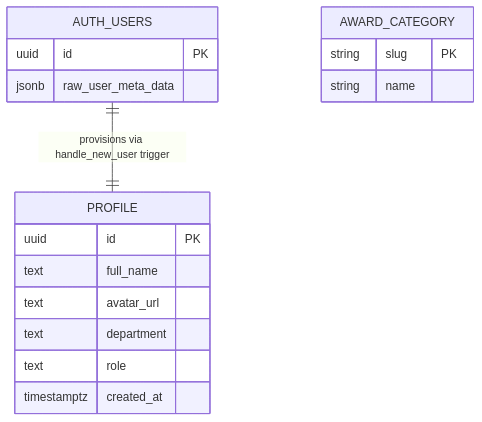
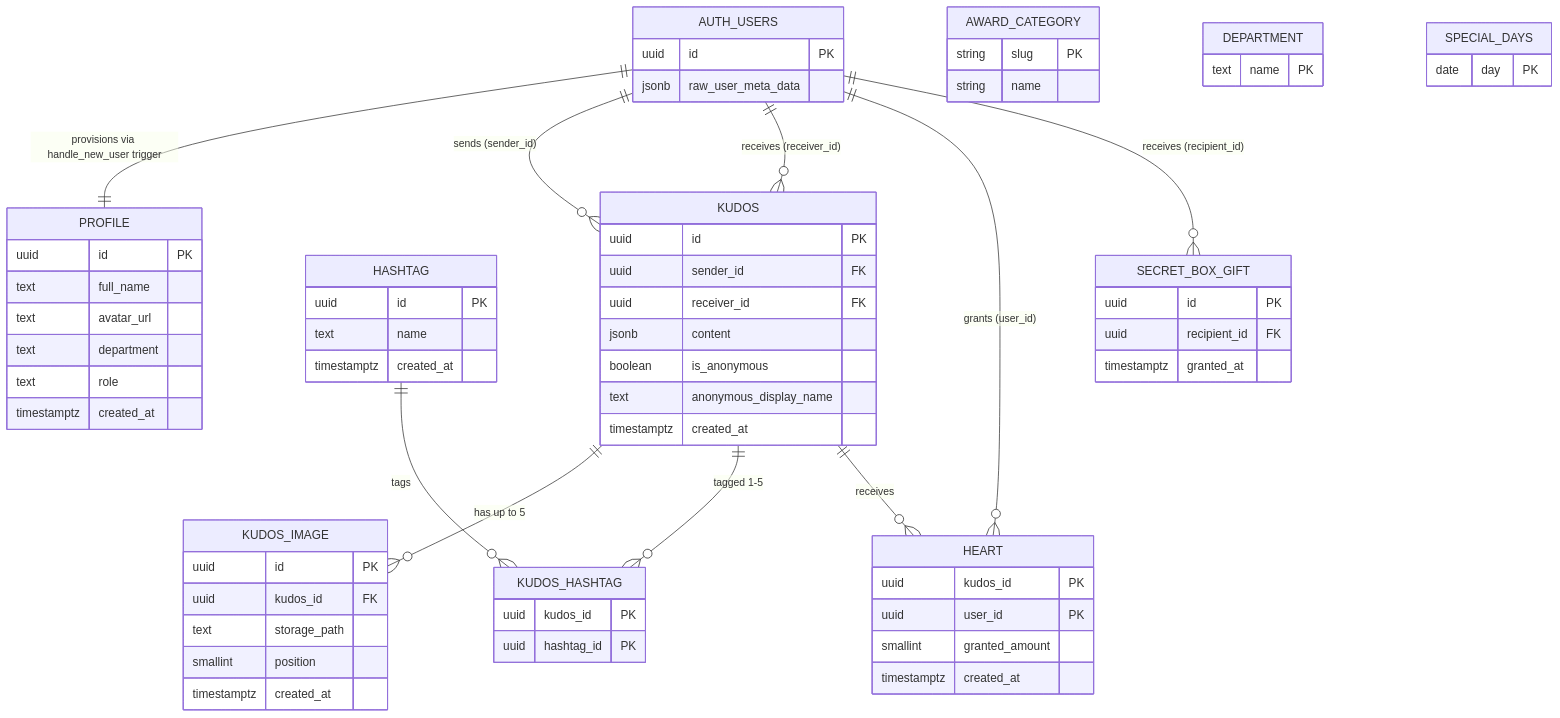
One commit to phidq-2581/saa-2025-web changed the diagram in docs/generated/entities.md. Above: the diagram before and after it, drawn with Mermaid. The commit also changed other lines of this file and 20 other files, not shown here.

````diff
--- a/docs/generated/entities.md
+++ b/docs/generated/entities.md
@@ -16,20 +21,70 @@
 ```mermaid
 erDiagram
     AUTH_USERS {
         uuid id PK
         jsonb raw_user_meta_data
     }
     PROFILE {
         uuid id PK
         text full_name
         text avatar_url
         text department
         text role
         timestamptz created_at
     }
     AWARD_CATEGORY {
         string slug PK
         string name
     }
+    DEPARTMENT {
+        text name PK
+    }
+    HASHTAG {
+        uuid id PK
+        text name
+        timestamptz created_at
+    }
+    KUDOS {
+        uuid id PK
+        uuid sender_id FK
+        uuid receiver_id FK
+        jsonb content
+        boolean is_anonymous
+        text anonymous_display_name
+        timestamptz created_at
+    }
+    KUDOS_IMAGE {
+        uuid id PK
+        uuid kudos_id FK
+        text storage_path
+        smallint position
+        timestamptz created_at
+    }
+    KUDOS_HASHTAG {
+        uuid kudos_id PK
+        uuid hashtag_id PK
+    }
+    HEART {
+        uuid kudos_id PK
+        uuid user_id PK
+        smallint granted_amount
+        timestamptz created_at
+    }
+    SPECIAL_DAYS {
+        date day PK
+    }
+    SECRET_BOX_GIFT {
+        uuid id PK
+        uuid recipient_id FK
+        timestamptz granted_at
+    }
     AUTH_USERS ||--|| PROFILE : "provisions via handle_new_user trigger"
+    AUTH_USERS ||--o{ KUDOS : "sends (sender_id)"
+    AUTH_USERS ||--o{ KUDOS : "receives (receiver_id)"
+    AUTH_USERS ||--o{ HEART : "grants (user_id)"
+    AUTH_USERS ||--o{ SECRET_BOX_GIFT : "receives (recipient_id)"
+    KUDOS ||--o{ KUDOS_IMAGE : "has up to 5"
+    KUDOS ||--o{ KUDOS_HASHTAG : "tagged 1-5"
+    HASHTAG ||--o{ KUDOS_HASHTAG : "tags"
+    KUDOS ||--o{ HEART : "receives"
 ```
````
